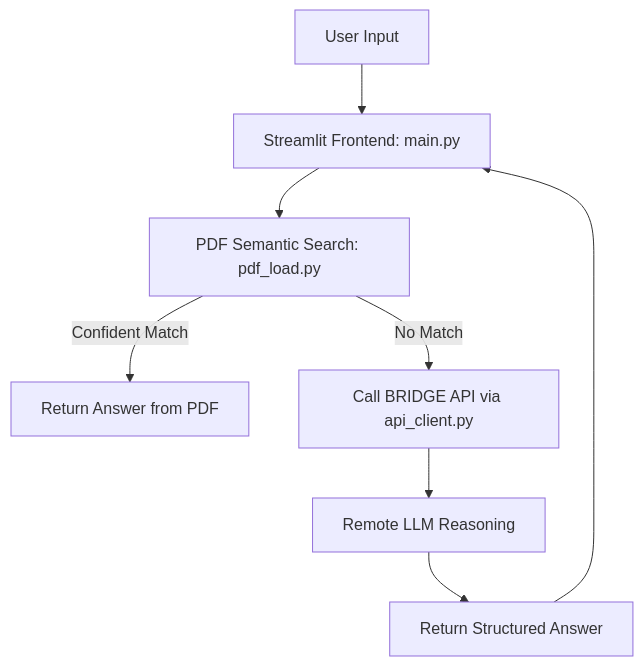
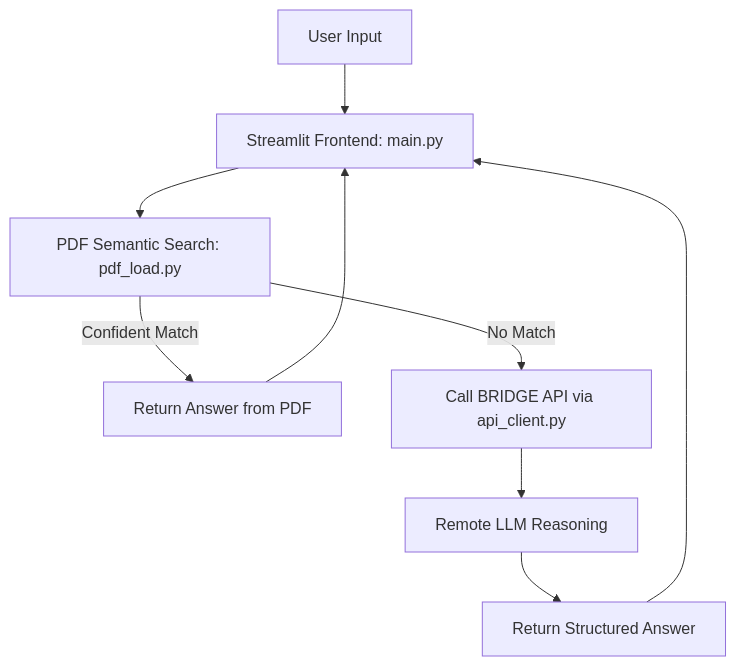
One commit to yana-g/bridge-ai changed the diagram in TVManualAgent/README.md. Above: the diagram before and after it, drawn with Mermaid.

Commit message:
Update TVManualAgent README

````diff
--- a/TVManualAgent/README.md
+++ b/TVManualAgent/README.md
@@ -16,10 +16,11 @@
 ```mermaid
 flowchart TD
     A[User Input] --> B[Streamlit Frontend: main.py]
     B --> C[PDF Semantic Search: pdf_load.py]
     C -->|Confident Match| D[Return Answer from PDF]
+    D --> B 
     C -->|No Match| E[Call BRIDGE API via api_client.py]
     E --> F[Remote LLM Reasoning]
     F --> G[Return Structured Answer]
     G --> B
 ```
````
